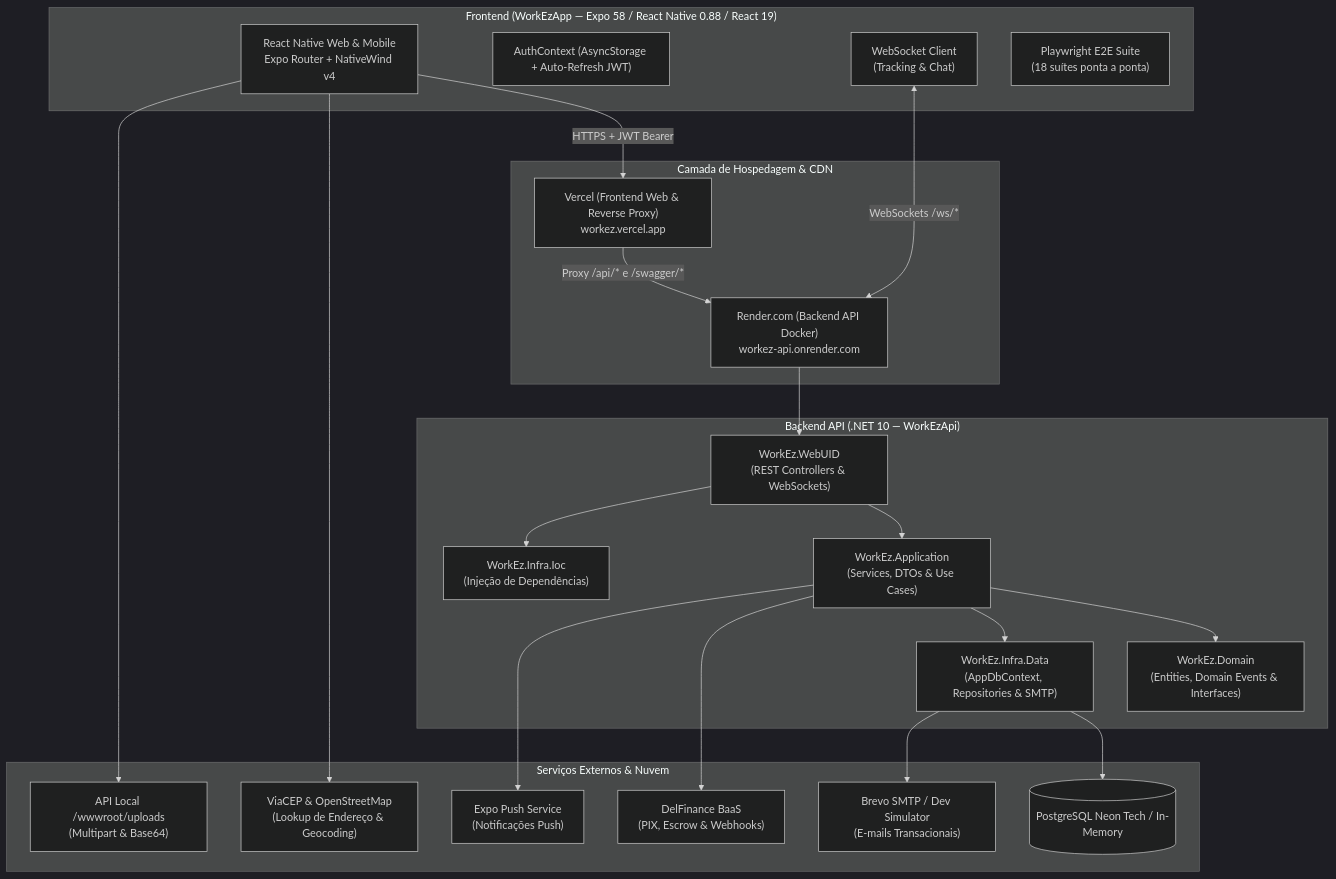
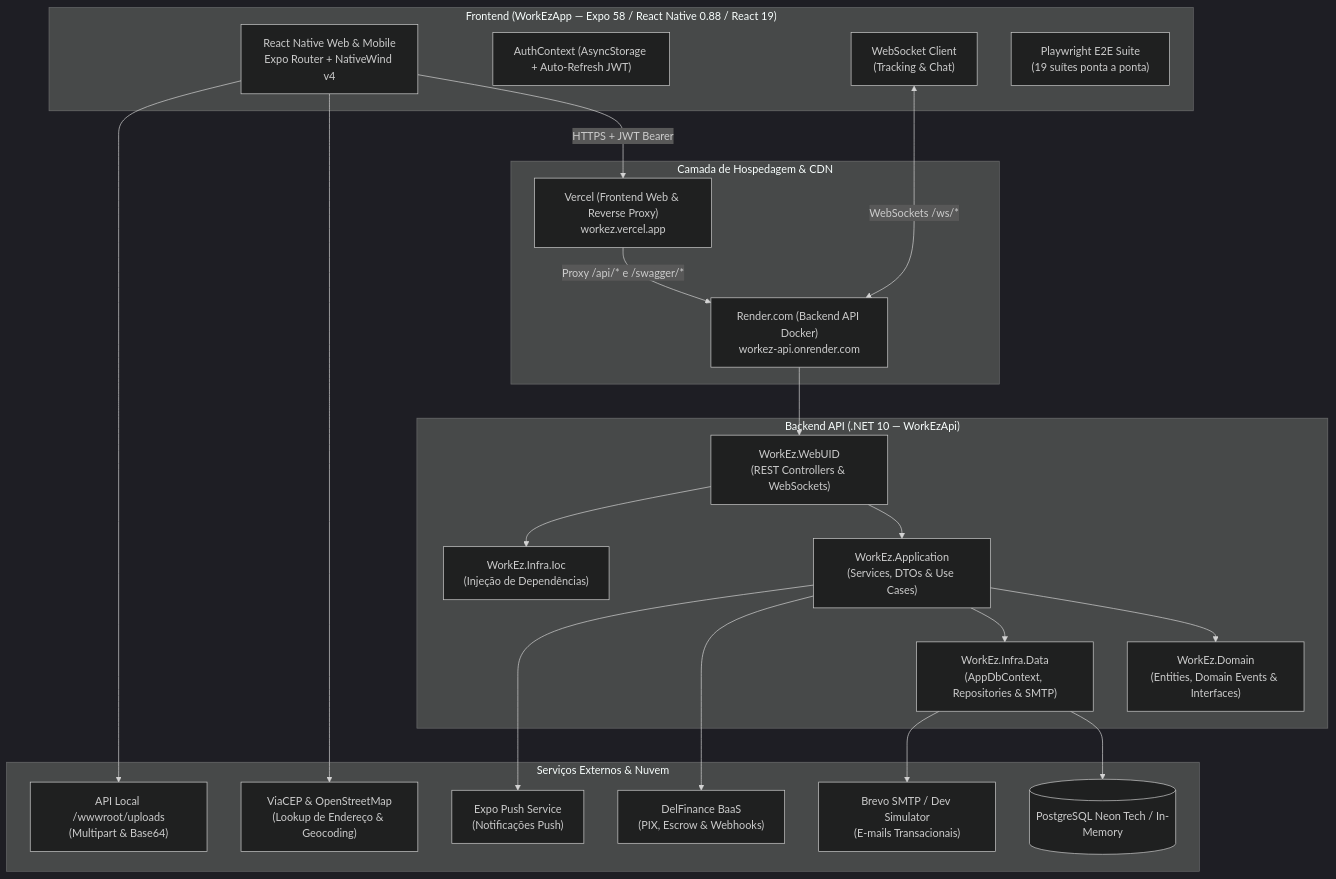
Before and after one commit to fatec-university-projects/WorkEz: the diagram in README.md, drawn with Mermaid (dark theme). The commit also changed other lines of this file and 6 other files, not shown here.

Commit message:
feat(roadmap-phase3): implement provider performance analytics, SOS readiness banner and reactive negotiation notifications

````diff
--- a/README.md
+++ b/README.md
@@ -91,47 +93,47 @@
 ```mermaid
 graph TB
     subgraph Frontend["Frontend (WorkEzApp — Expo 58 / React Native 0.88 / React 19)"]
         UI["React Native Web & Mobile<br/>Expo Router + NativeWind v4"]
         AuthCtx["AuthContext (AsyncStorage + Auto-Refresh JWT)"]
         WSClient["WebSocket Client<br/>(Tracking & Chat)"]
-        E2E["Playwright E2E Suite<br/>(18 suítes ponta a ponta)"]
+        E2E["Playwright E2E Suite<br/>(19 suítes ponta a ponta)"]
     end
 
     subgraph Hosting["Camada de Hospedagem & CDN"]
         Vercel["Vercel (Frontend Web & Reverse Proxy)<br/>workez.vercel.app"]
         Render["Render.com (Backend API Docker)<br/>workez-api.onrender.com"]
     end
 
     subgraph Backend["Backend API (.NET 10 — WorkEzApi)"]
         WebUID["WorkEz.WebUID<br/>(REST Controllers & WebSockets)"]
         Ioc["WorkEz.Infra.Ioc<br/>(Injeção de Dependências)"]
         App["WorkEz.Application<br/>(Services, DTOs & Use Cases)"]
         Domain["WorkEz.Domain<br/>(Entities, Domain Events & Interfaces)"]
         Data["WorkEz.Infra.Data<br/>(AppDbContext, Repositories & SMTP)"]
     end
 
     subgraph ExternalServices["Serviços Externos & Nuvem"]
         Postgres[("PostgreSQL Neon Tech / In-Memory")]
         DelFinance["DelFinance BaaS<br/>(PIX, Escrow & Webhooks)"]
         ExpoPush["Expo Push Service<br/>(Notificações Push)"]
         SmtpService["Brevo SMTP / Dev Simulator<br/>(E-mails Transacionais)"]
         ViaCEP["ViaCEP & OpenStreetMap<br/>(Lookup de Endereço & Geocoding)"]
         LocalUploads["API Local /wwwroot/uploads<br/>(Multipart & Base64)"]
     end
 
     Vercel -->|"Proxy /api/* e /swagger/*"| Render
     UI -->|"HTTPS + JWT Bearer"| Vercel
     WSClient <-->|"WebSockets /ws/*"| Render
     Render --> WebUID
 
     WebUID --> App
     WebUID --> Ioc
     App --> Domain
     App --> Data
     Data --> Postgres
     App --> DelFinance
     App --> ExpoPush
     Data --> SmtpService
     UI --> ViaCEP
     UI --> LocalUploads
 ```
````
